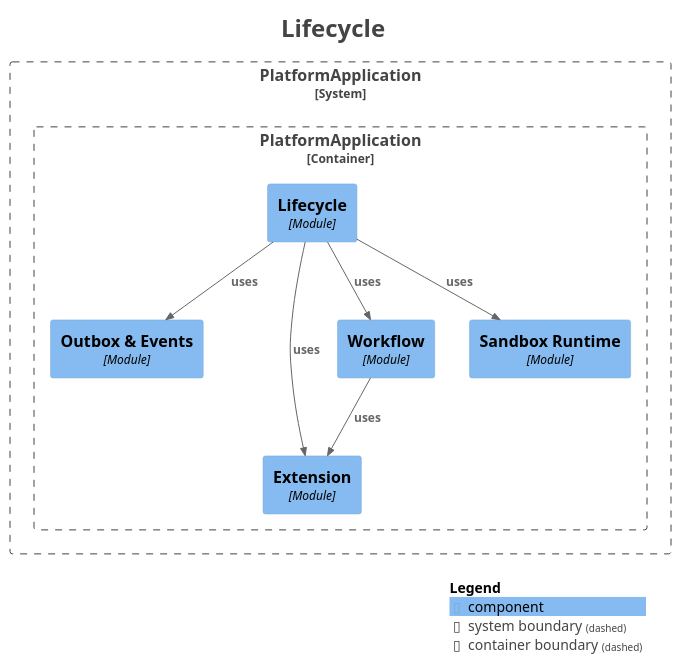
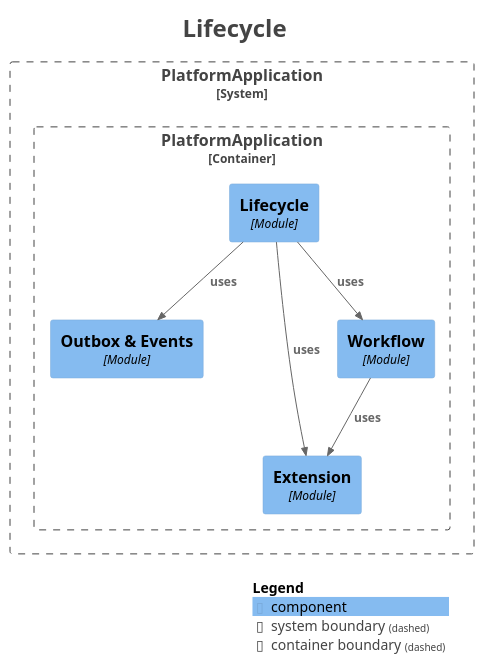
The diagram in platform-app/docs/architecture/maps/generated/modulith/module-lifecycle.puml (shangxq007/media-platform), drawn with PlantUML before and after one commit. The commit also changed 62 other files, not shown here.

First line of the commit message:
refactor(runtime): converge sandbox-runtime into extension::runtime (PMPR-S1)

```diff
--- a/platform-app/docs/architecture/maps/generated/modulith/module-lifecycle.puml
+++ b/platform-app/docs/architecture/maps/generated/modulith/module-lifecycle.puml
@@ -1,37 +1,35 @@
 @startuml
 title <size:24>Lifecycle</size>
 
 set separator none
 top to bottom direction
 
 <style>
   root {
     BackgroundColor: #ffffff
     FontColor: #444444
   }
 </style>
 
 !include <C4/C4>
 !include <C4/C4_Context>
 !include <C4/C4_Component>
 
 System_Boundary("PlatformApplication_boundary", "PlatformApplication", $tags="") {
   Container_Boundary("PlatformApplication.PlatformApplication_boundary", "PlatformApplication", $tags="") {
     Component(PlatformApplication.PlatformApplication.OutboxEvents, "Outbox & Events", $techn="Module", $descr="", $tags="", $link="")
     Component(PlatformApplication.PlatformApplication.Extension, "Extension", $techn="Module", $descr="", $tags="", $link="")
     Component(PlatformApplication.PlatformApplication.Workflow, "Workflow", $techn="Module", $descr="", $tags="", $link="")
     Component(PlatformApplication.PlatformApplication.Lifecycle, "Lifecycle", $techn="Module", $descr="", $tags="", $link="")
-    Component(PlatformApplication.PlatformApplication.SandboxRuntime, "Sandbox Runtime", $techn="Module", $descr="", $tags="", $link="")
   }
 
 }
 
+Rel(PlatformApplication.PlatformApplication.Workflow, PlatformApplication.PlatformApplication.Extension, "uses", $techn="", $tags="", $link="")
 Rel(PlatformApplication.PlatformApplication.Lifecycle, PlatformApplication.PlatformApplication.OutboxEvents, "uses", $techn="", $tags="", $link="")
 Rel(PlatformApplication.PlatformApplication.Lifecycle, PlatformApplication.PlatformApplication.Extension, "uses", $techn="", $tags="", $link="")
-Rel(PlatformApplication.PlatformApplication.Lifecycle, PlatformApplication.PlatformApplication.SandboxRuntime, "uses", $techn="", $tags="", $link="")
 Rel(PlatformApplication.PlatformApplication.Lifecycle, PlatformApplication.PlatformApplication.Workflow, "uses", $techn="", $tags="", $link="")
-Rel(PlatformApplication.PlatformApplication.Workflow, PlatformApplication.PlatformApplication.Extension, "uses", $techn="", $tags="", $link="")
 
 SHOW_LEGEND(true)
 hide stereotypes
 @enduml
```
